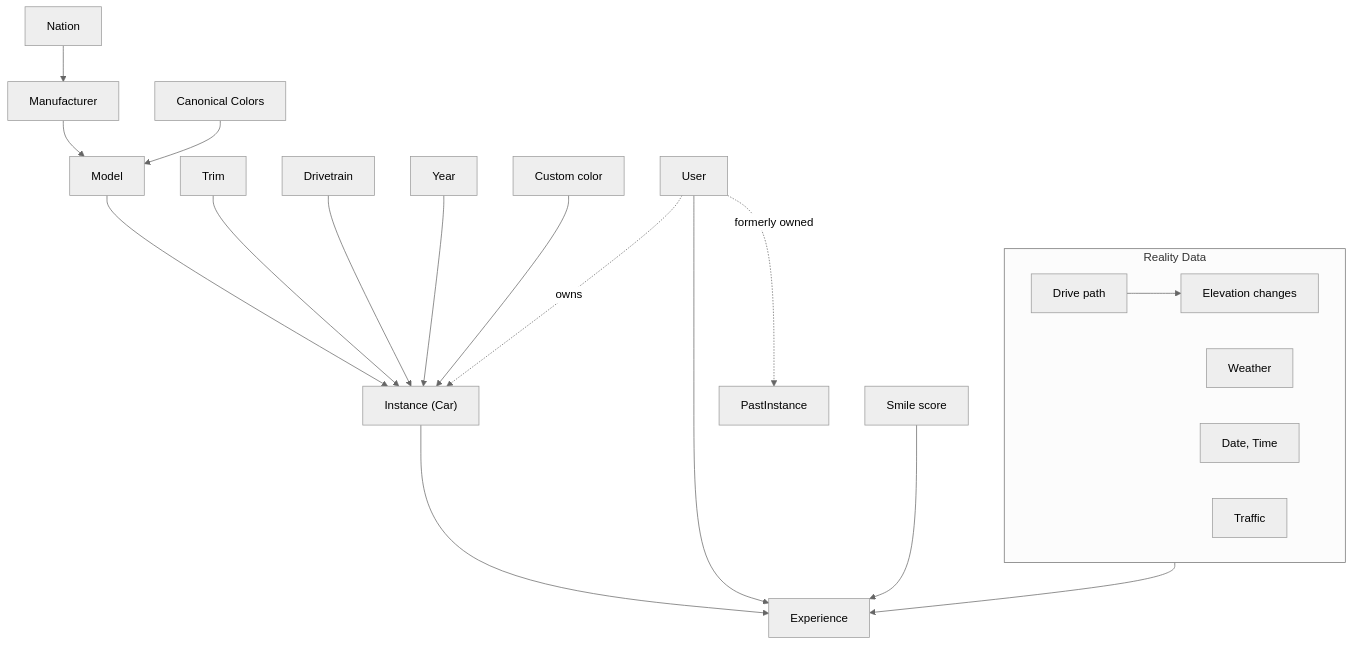
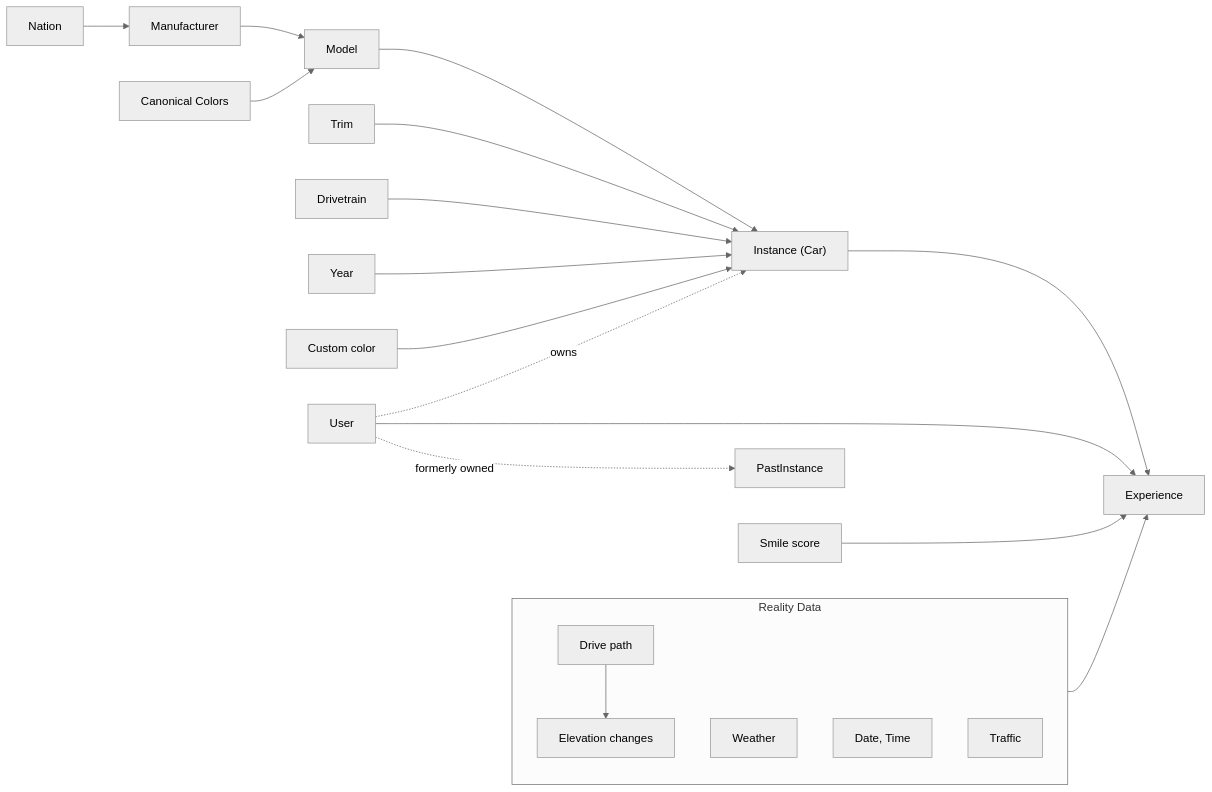
Before and after one commit to UUeird/dyno: the diagram in docs/product.md, drawn with Mermaid (neutral theme).

Commit message:
Switch product flow chart from top-down to left-right
TD got cramped as fan-in nodes (Trim, Drivetrain, Year, etc.) grew.

````diff
--- a/docs/product.md
+++ b/docs/product.md
@@ -7,21 +7,21 @@
 ```mermaid
-flowchart TD
+flowchart LR
     Nation --> Manufacturer --> Model --> Instance["Instance (Car)"] --> Experience
     Trim --> Instance
     Drivetrain --> Instance
     Year --> Instance
     User --> Experience
     CanonicalColors["Canonical Colors"] --> Model
     CustomColor["Custom color"] --> Instance
     User -. owns .-> Instance
     User -. formerly owned .-> PastInstance
     SmileScore["Smile score"] --> Experience
 
     subgraph RealityData["Reality Data"]
         DrivePath["Drive path"] --> Elevation["Elevation changes"]
         Weather
         DateTime["Date, Time"]
         Traffic
     end
     RealityData --> Experience
 ```
````
